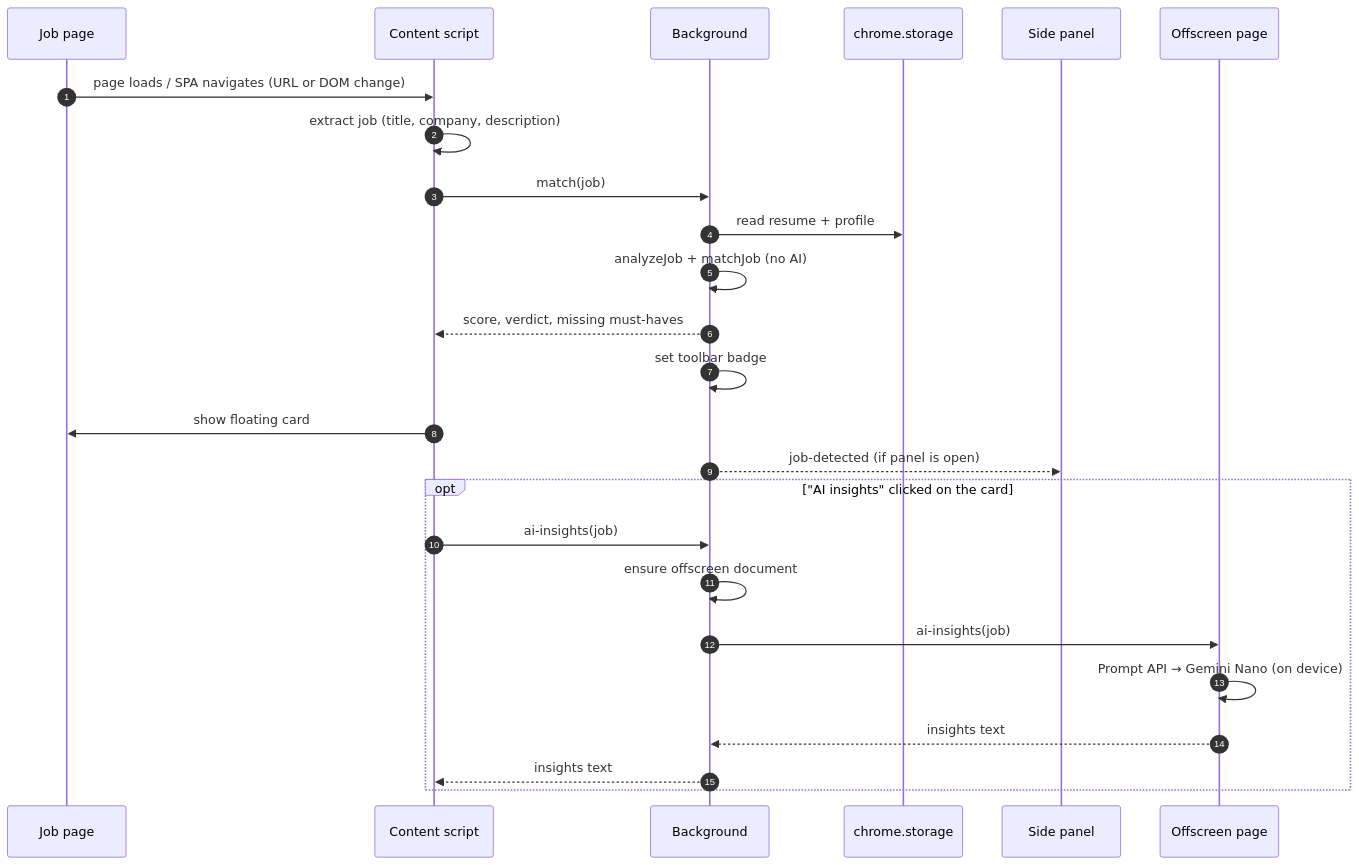
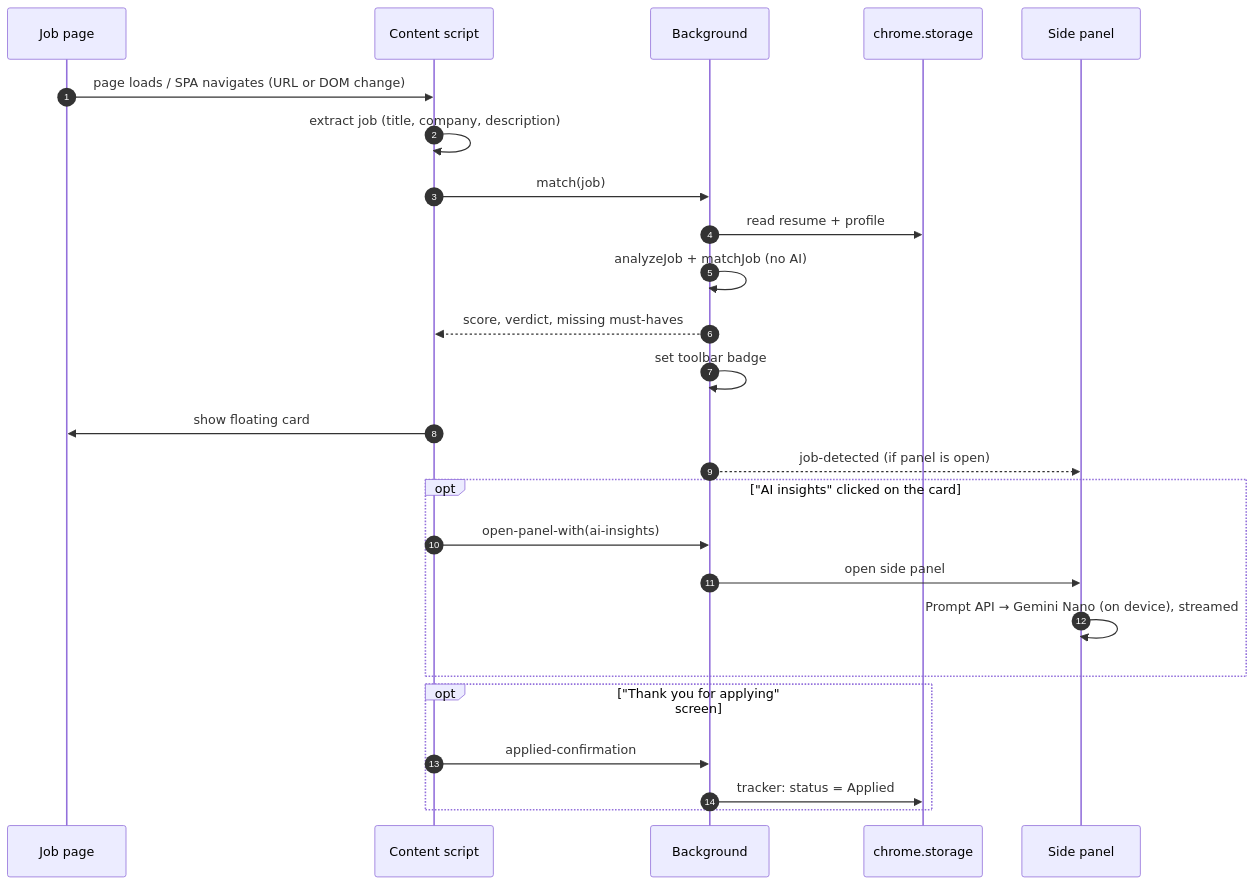
Before and after one commit to imRahul05/shortliistt: the diagram in docs/diagrams/job-flow.md, drawn with Mermaid. The commit also changed other lines of this file and 17 other files, not shown here.

````diff
--- a/docs/diagrams/job-flow.md
+++ b/docs/diagrams/job-flow.md
@@ -5,27 +5,27 @@
 ```mermaid
 sequenceDiagram
   autonumber
   participant P as Job page
   participant C as Content script
   participant B as Background
   participant S as chrome.storage
   participant SP as Side panel
-  participant O as Offscreen page
   P->>C: page loads / SPA navigates (URL or DOM change)
   C->>C: extract job (title, company, description)
   C->>B: match(job)
   B->>S: read resume + profile
   B->>B: analyzeJob + matchJob (no AI)
   B-->>C: score, verdict, missing must-haves
   B->>B: set toolbar badge
   C->>P: show floating card
   B-->>SP: job-detected (if panel is open)
   opt "AI insights" clicked on the card
-    C->>B: ai-insights(job)
-    B->>B: ensure offscreen document
-    B->>O: ai-insights(job)
-    O->>O: Prompt API → Gemini Nano (on device)
-    O-->>B: insights text
-    B-->>C: insights text
+    C->>B: open-panel-with(ai-insights)
+    B->>SP: open side panel
+    SP->>SP: Prompt API → Gemini Nano (on device), streamed
+  end
+  opt "Thank you for applying" screen
+    C->>B: applied-confirmation
+    B->>S: tracker: status = Applied
   end
 ```
````
